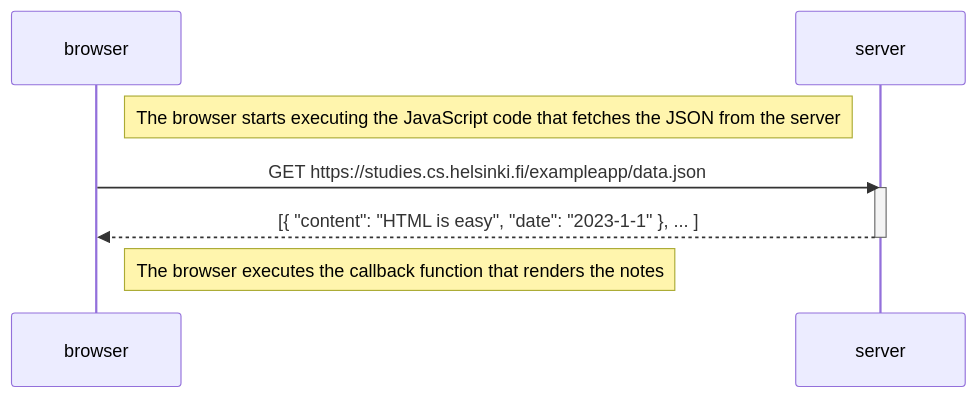
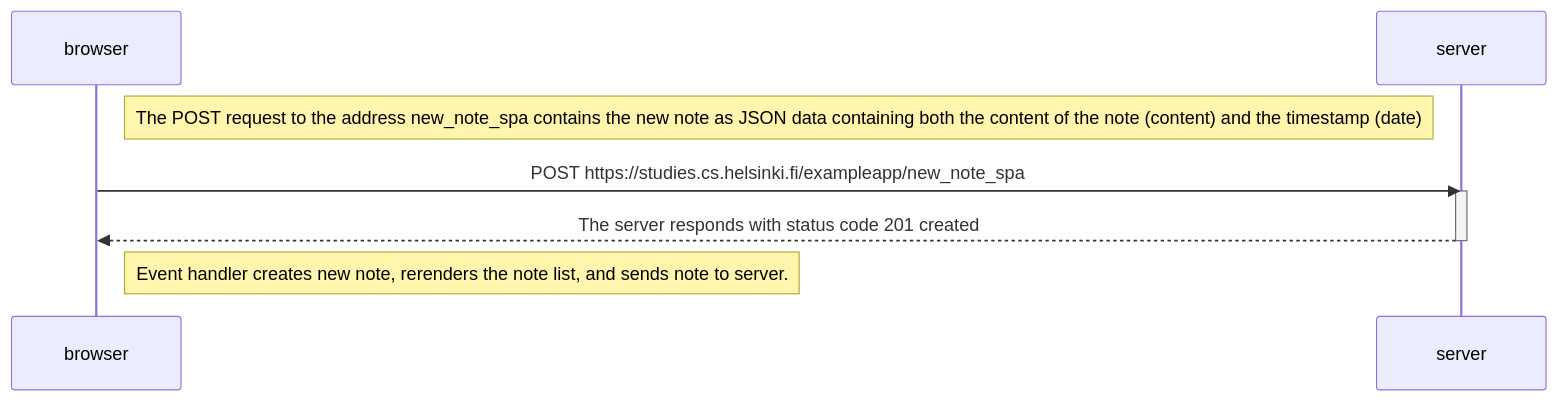
The diagram in part0/newNoteSpaDiagram.md (aleksmllr/fullstackopen), drawn with Mermaid before and after one commit.

````diff
--- a/part0/newNoteSpaDiagram.md
+++ b/part0/newNoteSpaDiagram.md
@@ -2,14 +2,15 @@
 ```mermaid
 sequenceDiagram
     participant browser
     participant server
 
-    Note right of browser: The browser starts executing the JavaScript code that fetches the JSON from the server
+    Note right of browser: The POST request to the address new_note_spa contains the new note as JSON data containing both the content of the note (content) and the timestamp (date)
 
-    browser->>server: GET https://studies.cs.helsinki.fi/exampleapp/data.json
+    browser->>server: POST https://studies.cs.helsinki.fi/exampleapp/new_note_spa
+    
     activate server
-    server-->>browser: [{ "content": "HTML is easy", "date": "2023-1-1" }, ... ]
+    server-->>browser: The server responds with status code 201 created
     deactivate server
 
-    Note right of browser: The browser executes the callback function that renders the notes
+    Note right of browser: Event handler creates new note, rerenders the note list, and sends note to server.
 ```
````
